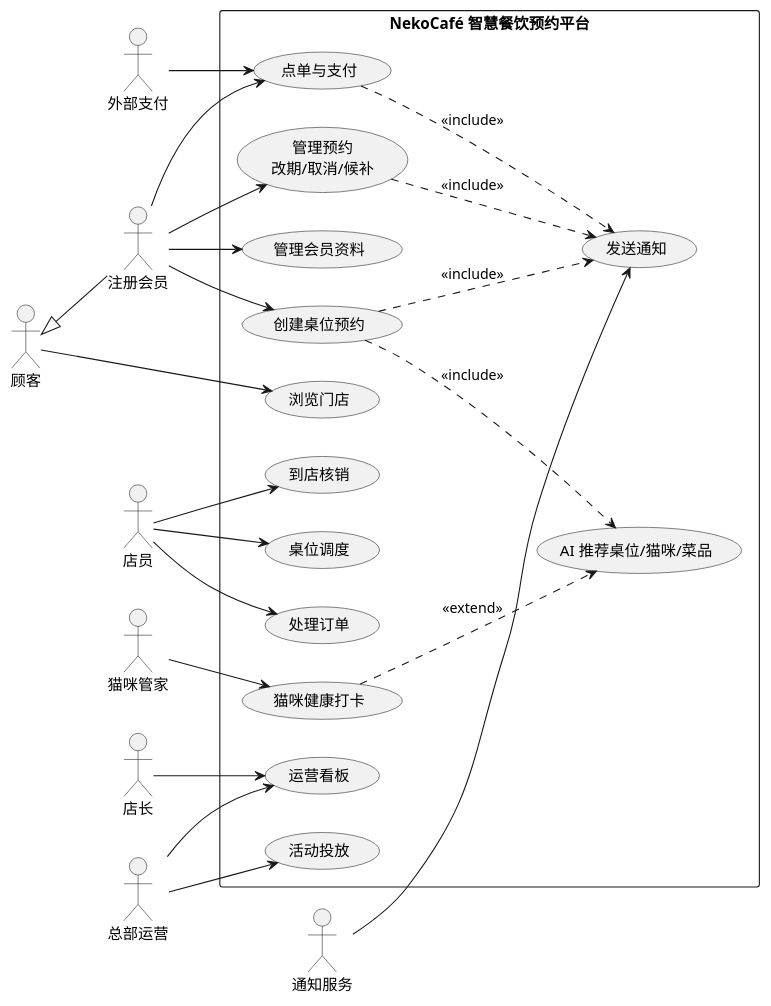
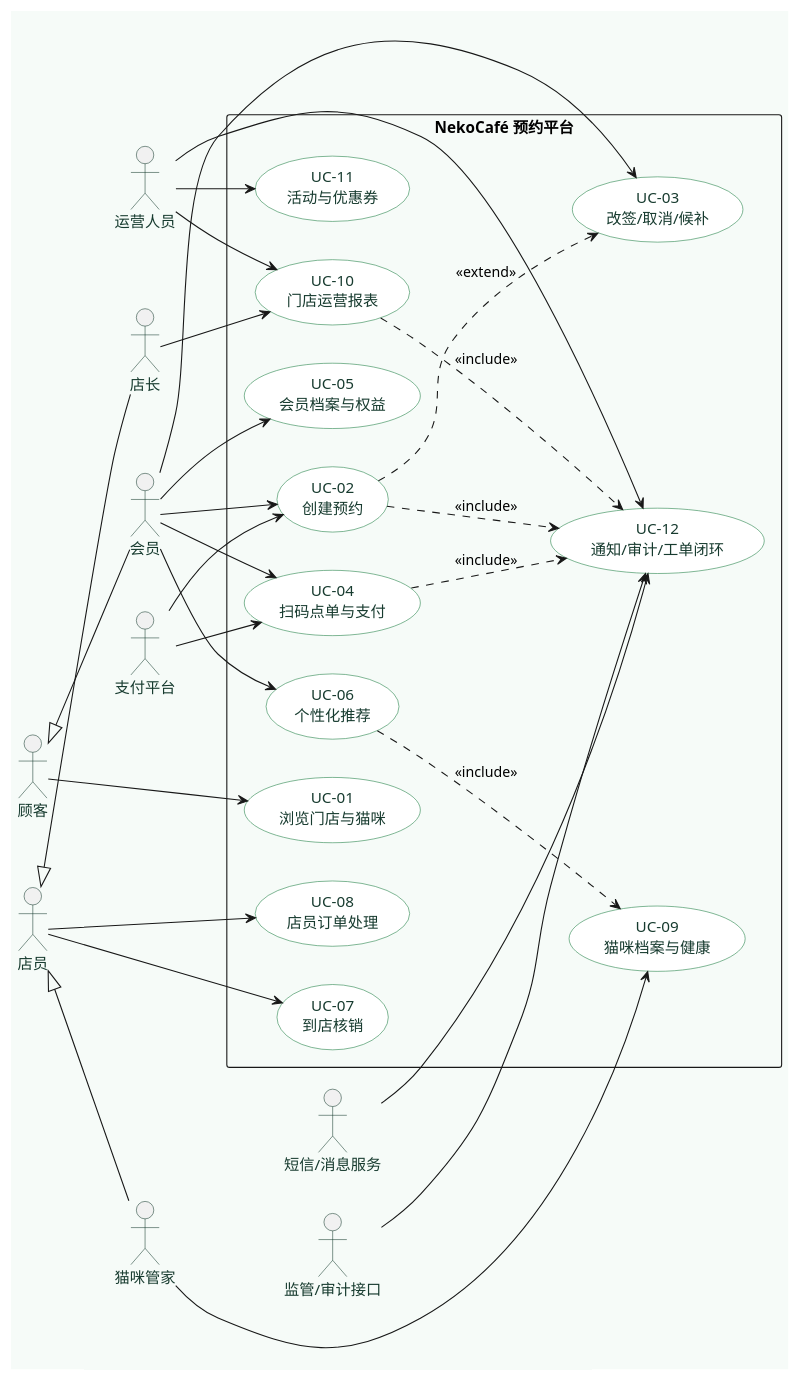
The diagram in 实验一_智能化需求工程与UML建模/D1-4_UML模型集/usecase/主用例图.puml (EridanusQ/BJFU-SoftwareEngineer), drawn with PlantUML before and after one commit. The commit also changed 40 other files, not shown here.

Commit message:
docs(lab1): polish D1-4 UML and D1-5 traceability

```diff
--- a/实验一_智能化需求工程与UML建模/D1-4_UML模型集/usecase/主用例图.puml
+++ b/实验一_智能化需求工程与UML建模/D1-4_UML模型集/usecase/主用例图.puml
@@ -1,47 +1,64 @@
 @startuml
 left to right direction
+skinparam backgroundColor #F6FBF8
 skinparam packageStyle rectangle
+skinparam shadowing false
+skinparam defaultFontName Microsoft YaHei
+skinparam usecase {
+  BackgroundColor #FFFFFF
+  BorderColor #177A3E
+  FontColor #173B2F
+}
+skinparam actor {
+  BorderColor #173B2F
+  FontColor #173B2F
+}
 actor "顾客" as Customer
-actor "注册会员" as Member
+actor "会员" as Member
 actor "店员" as Staff
-actor "猫咪管家" as Keeper
+actor "猫咪管家" as CatKeeper
 actor "店长" as Manager
-actor "总部运营" as Ops
-actor "外部支付" as Pay
-actor "通知服务" as Notify
+actor "运营人员" as Ops
+actor "支付平台" as Payment
+actor "短信/消息服务" as Message
+actor "监管/审计接口" as Regulator
 Customer <|-- Member
-rectangle "NekoCafé 智慧餐饮预约平台" {
-  usecase "浏览门店" as UC01
-  usecase "管理会员资料" as UC02
-  usecase "创建桌位预约" as UC03
-  usecase "AI 推荐桌位/猫咪/菜品" as UC04
-  usecase "管理预约\n改期/取消/候补" as UC05
-  usecase "点单与支付" as UC06
-  usecase "到店核销" as UC07
-  usecase "桌位调度" as UC08
-  usecase "处理订单" as UC09
-  usecase "猫咪健康打卡" as UC10
-  usecase "运营看板" as UC11
-  usecase "活动投放" as UC12
-  usecase "发送通知" as UC13
+Staff <|-- CatKeeper
+Staff <|-- Manager
+rectangle "NekoCafé 预约平台" {
+  usecase "UC-01\n浏览门店与猫咪" as UC01
+  usecase "UC-02\n创建预约" as UC02
+  usecase "UC-03\n改签/取消/候补" as UC03
+  usecase "UC-04\n扫码点单与支付" as UC04
+  usecase "UC-05\n会员档案与权益" as UC05
+  usecase "UC-06\n个性化推荐" as UC06
+  usecase "UC-07\n到店核销" as UC07
+  usecase "UC-08\n店员订单处理" as UC08
+  usecase "UC-09\n猫咪档案与健康" as UC09
+  usecase "UC-10\n门店运营报表" as UC10
+  usecase "UC-11\n活动与优惠券" as UC11
+  usecase "UC-12\n通知/审计/工单闭环" as UC12
 }
 Customer --> UC01
 Member --> UC02
 Member --> UC03
+Member --> UC04
 Member --> UC05
 Member --> UC06
 Staff --> UC07
 Staff --> UC08
-Staff --> UC09
-Keeper --> UC10
-Manager --> UC11
+CatKeeper --> UC09
+Manager --> UC10
+Ops --> UC10
 Ops --> UC11
 Ops --> UC12
-Pay --> UC06
-Notify --> UC13
-UC03 ..> UC04 : <<include>>
-UC03 ..> UC13 : <<include>>
-UC05 ..> UC13 : <<include>>
-UC06 ..> UC13 : <<include>>
-UC10 ..> UC04 : <<extend>>
+Payment --> UC02
+Payment --> UC04
+Message --> UC12
+Regulator --> UC12
+UC02 ..> UC03 : <<extend>>
+UC02 ..> UC12 : <<include>>
+UC04 ..> UC12 : <<include>>
+UC06 ..> UC09 : <<include>>
+UC10 ..> UC12 : <<include>>
 @enduml
```
